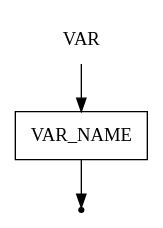
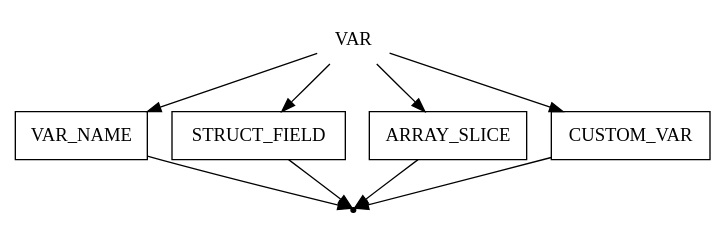
One commit to ayu-f/DSL_Pseudocode changed the diagram in pseudocode/var.gv. Above: the diagram before and after it, drawn with Graphviz. The commit also changed 4 other files, not shown here.

Commit message:
fixed var, added struct_field, array_slice and custom_var

```diff
--- a/pseudocode/var.gv
+++ b/pseudocode/var.gv
@@ -1,7 +1,18 @@
 digraph VAR {
     start [label=VAR shape=plaintext]
     var_name [label=VAR_NAME shape=box]
+    struct_field [label=STRUCT_FIELD shape=box]
+    array_slice [label=ARRAY_SLICE shape=box]
+    custom_var [label=CUSTOM_VAR shape=box]
     end [label="" shape=point]
+
     start -> var_name
+    start -> struct_field
+    start -> array_slice
+    start -> custom_var
+
     var_name -> end
+    struct_field -> end
+    array_slice -> end
+    custom_var -> end
 }
```
